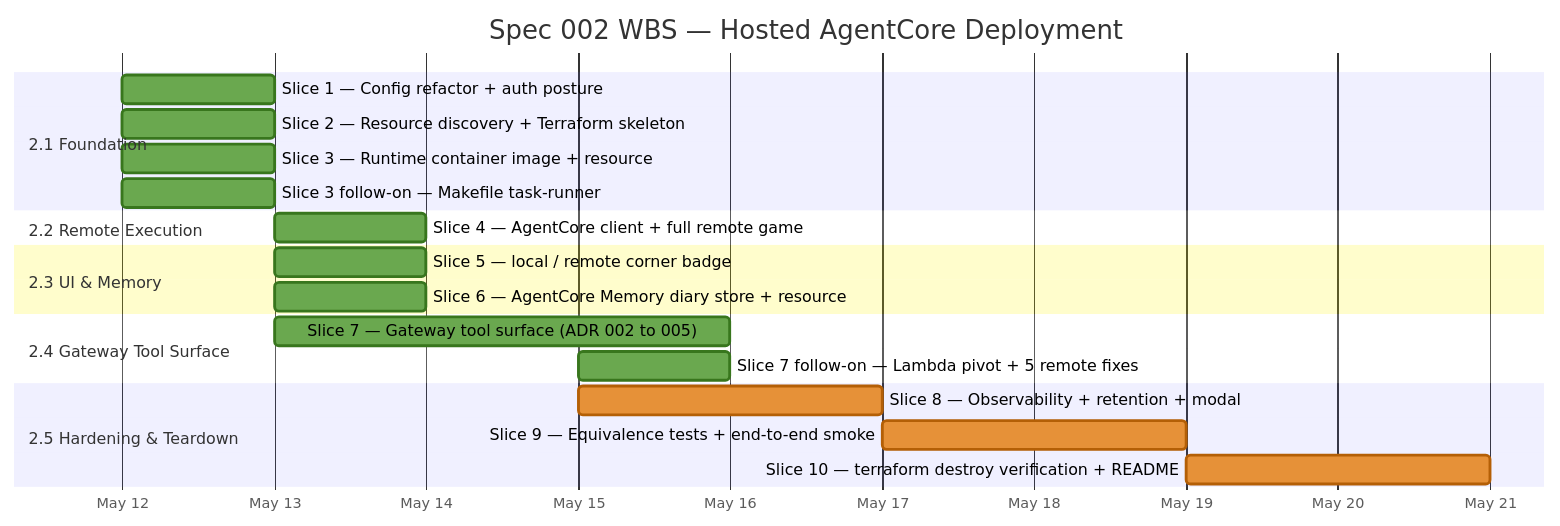
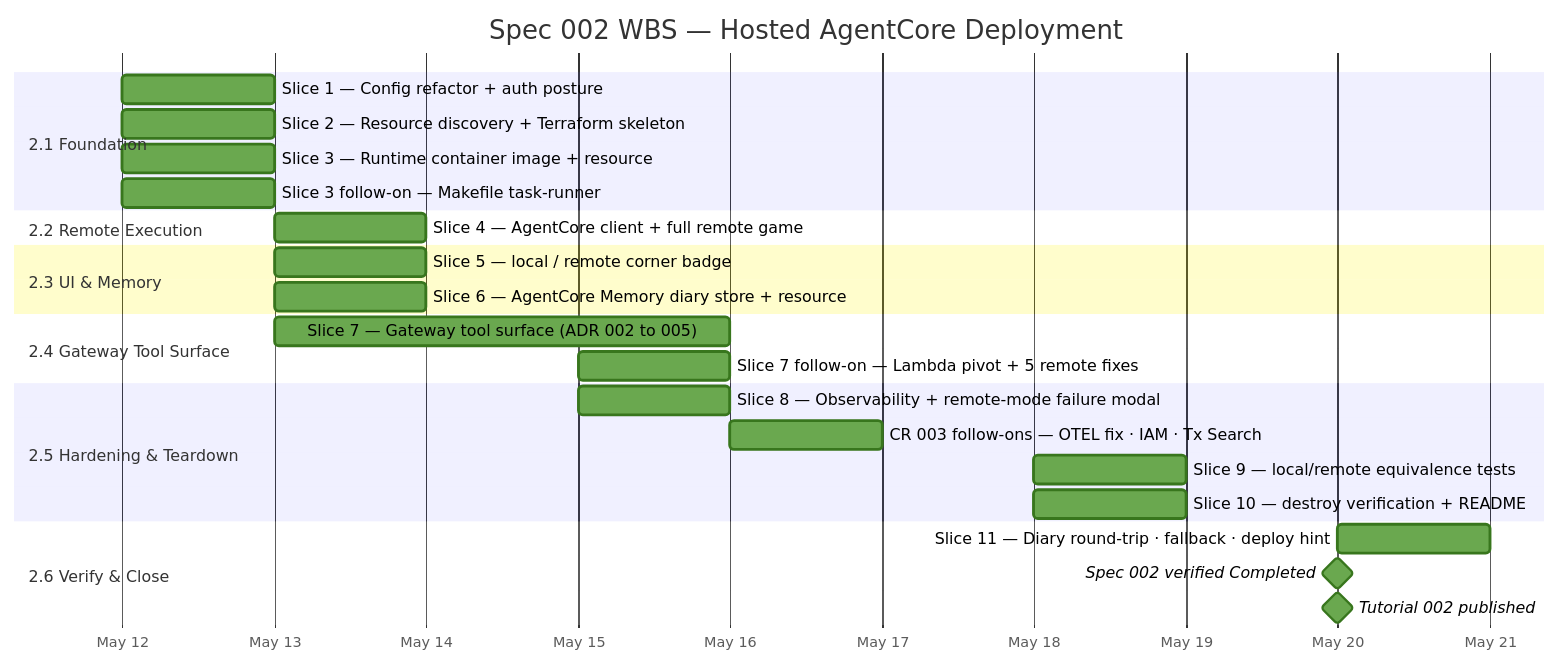
The third of 3 diagrams in context/project-timeline.md (tigra/graphia), drawn with Mermaid before and after one commit. The commit also changed other lines of this file and 2 other files, not shown here.

First line of the commit message:
Project timeline: fold in Phase 2 closure + critique fixes

````diff
--- a/context/project-timeline.md
+++ b/context/project-timeline.md
@@ -97,29 +113,35 @@
 ```mermaid
 %%{init: {'themeVariables': {'doneTaskBkgColor': '#6aa84f', 'doneTaskBorderColor': '#38761d', 'activeTaskBkgColor': '#e69138', 'activeTaskBorderColor': '#b45f06'}}}%%
 gantt
     title Spec 002 WBS — Hosted AgentCore Deployment
     dateFormat YYYY-MM-DD
     axisFormat %b %d
 
     section 2.1 Foundation
     Slice 1 — Config refactor + auth posture           :done, 2026-05-12, 1d
     Slice 2 — Resource discovery + Terraform skeleton  :done, 2026-05-12, 1d
     Slice 3 — Runtime container image + resource       :done, 2026-05-12, 1d
     Slice 3 follow-on — Makefile task-runner           :done, 2026-05-12, 1d
 
     section 2.2 Remote Execution
     Slice 4 — AgentCore client + full remote game      :done, 2026-05-13, 1d
 
     section 2.3 UI & Memory
     Slice 5 — local / remote corner badge              :done, 2026-05-13, 1d
     Slice 6 — AgentCore Memory diary store + resource  :done, 2026-05-13, 1d
 
     section 2.4 Gateway Tool Surface
     Slice 7 — Gateway tool surface (ADR 002 to 005)    :done, 2026-05-13, 3d
     Slice 7 follow-on — Lambda pivot + 5 remote fixes  :done, 2026-05-15, 1d
 
     section 2.5 Hardening & Teardown
-    Slice 8 — Observability + retention + modal        :active, 2026-05-15, 2d
-    Slice 9 — Equivalence tests + end-to-end smoke     :active, 2026-05-17, 2d
-    Slice 10 — terraform destroy verification + README :active, 2026-05-19, 2d
+    Slice 8 — Observability + remote-mode failure modal :done, 2026-05-15, 1d
+    CR 003 follow-ons — OTEL fix · IAM · Tx Search      :done, 2026-05-16, 1d
+    Slice 9 — local/remote equivalence tests            :done, 2026-05-18, 1d
+    Slice 10 — destroy verification + README            :done, 2026-05-18, 1d
+
+    section 2.6 Verify & Close
+    Slice 11 — Diary round-trip · fallback · deploy hint :done, 2026-05-20, 1d
+    Spec 002 verified Completed                          :milestone, done, 2026-05-20, 0d
+    Tutorial 002 published                               :milestone, done, 2026-05-20, 0d
 ```
````
